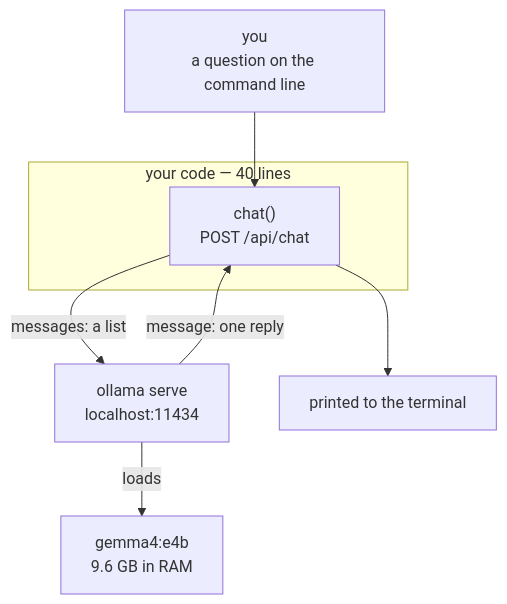
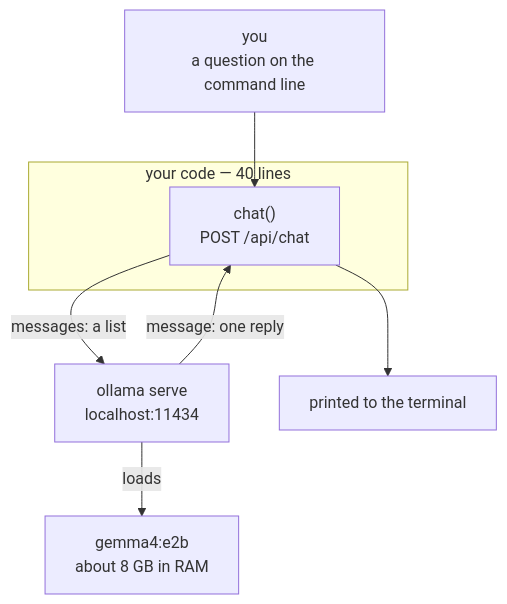
The diagram in chapters/01-the-model/README.md (BaiGanio/ai-agents-1on1), drawn with Mermaid before and after one commit. The commit also changed other lines of this file and 34 other files, not shown here.

````diff
--- a/chapters/01-the-model/README.md
+++ b/chapters/01-the-model/README.md
@@ -46,11 +47,11 @@
 ```mermaid
 flowchart TD
     YOU["you<br/>a question on the command line"] --> APP
     subgraph app["your code — 40 lines"]
         APP["chat()<br/>POST /api/chat"]
     end
     APP -->|"messages: a list"| OLLAMA["ollama serve<br/>localhost:11434"]
-    OLLAMA -->|"loads"| M["gemma4:e4b<br/>9.6 GB in RAM"]
+    OLLAMA -->|"loads"| M["gemma4:e2b<br/>about 8 GB in RAM"]
     OLLAMA -->|"message: one reply"| APP
     APP --> OUT["printed to the terminal"]
 ```
````
